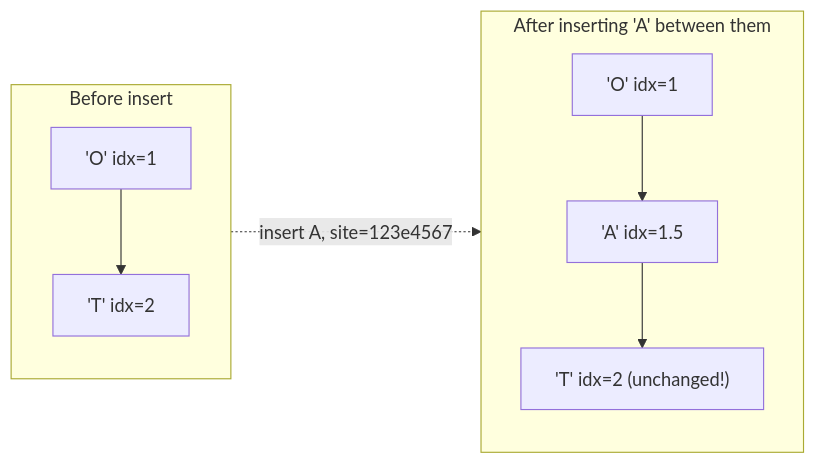
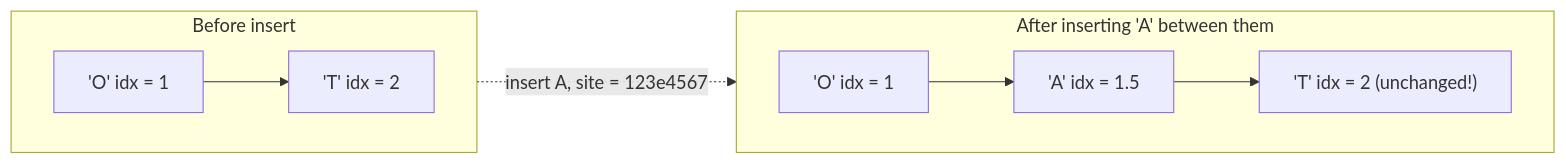
Before and after one commit to riyaz-pasha/Learnings: the fourth of 14 diagrams in system-design/HLD/0-course/38-Design-a-Collaborative-Document-Editing-Service-Google-Docs-FAANG-Guide-story.md, drawn with Mermaid. The commit also changed other lines of this file and 1 other file, not shown here.

Commit message:
[REWRITE] Google Docs story guide: simplify prose, add structure, fix diagrams

````diff
--- a/system-design/HLD/0-course/38-Design-a-Collaborative-Document-Editing-Service-Google-Docs-FAANG-Guide-story.md
+++ b/system-design/HLD/0-course/38-Design-a-Collaborative-Document-Editing-Service-Google-Docs-FAANG-Guide-story.md
@@ -117,10 +221,12 @@
 ```mermaid
 flowchart LR
     subgraph Before["Before insert"]
-        O["'O' idx=1"] --> T["'T' idx=2"]
+        direction LR
+        O1["'O'  idx = 1"] --> T1["'T'  idx = 2"]
     end
     subgraph After["After inserting 'A' between them"]
-        O2["'O' idx=1"] --> A["'A' idx=1.5"] --> T2["'T' idx=2 (unchanged!)"]
+        direction LR
+        O2["'O'  idx = 1"] --> A["'A'  idx = 1.5"] --> T2["'T'  idx = 2  (unchanged!)"]
     end
-    Before -.->|"insert A, site=123e4567"| After
+    Before -. "insert A, site = 123e4567" .-> After
 ```
````
